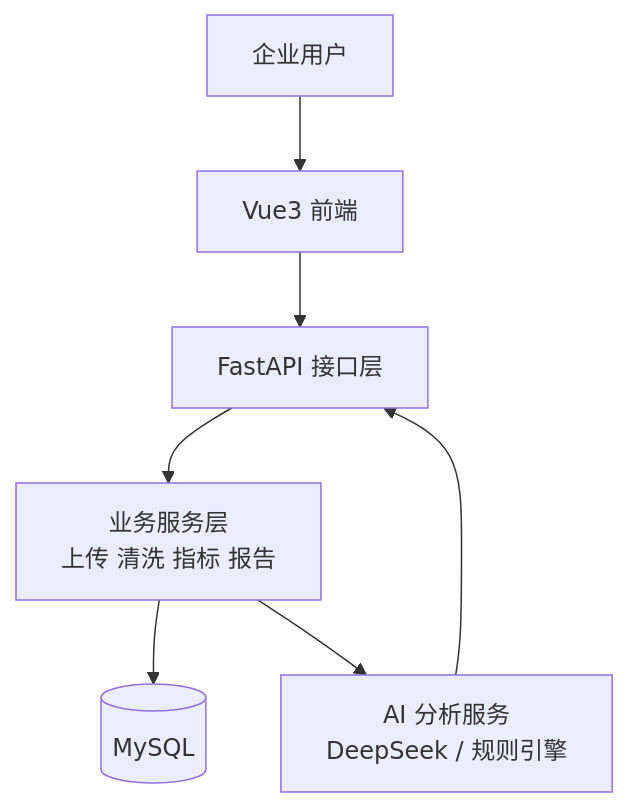
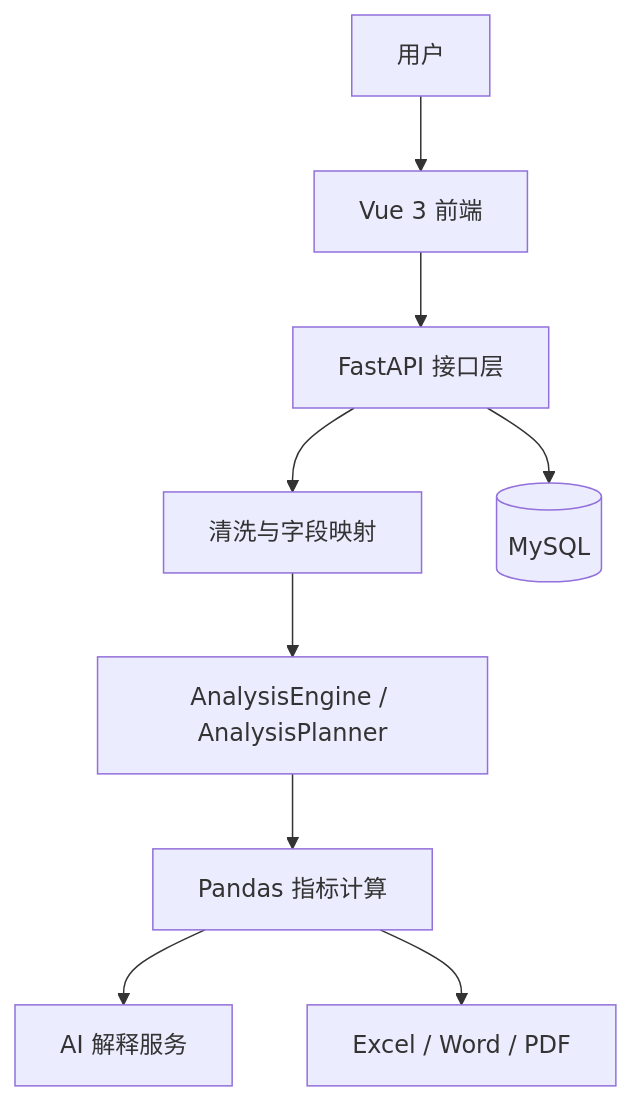
Before and after one commit to ican0506/ai-business-data-analysis-assistant: the diagram in README.md, drawn with Mermaid. The commit also changed other lines of this file and 4 other files, not shown here.

````diff
--- a/README.md
+++ b/README.md
@@ -78,9 +27,11 @@
 ```mermaid
 flowchart TD
-  U[企业用户] --> F[Vue3 前端]
-  F --> A[FastAPI 接口层]
-  A --> S[业务服务层\n上传 清洗 指标 报告]
-  S --> M[(MySQL)]
-  S --> L[AI 分析服务\nDeepSeek / 规则引擎]
-  L --> A
+  U[用户] --> V[Vue 3 前端]
+  V --> F[FastAPI 接口层]
+  F --> C[清洗与字段映射]
+  C --> E[AnalysisEngine / AnalysisPlanner]
+  E --> P[Pandas 指标计算]
+  P --> A[AI 解释服务]
+  P --> R[Excel / Word / PDF]
+  F --> M[(MySQL)]
 ```
````
